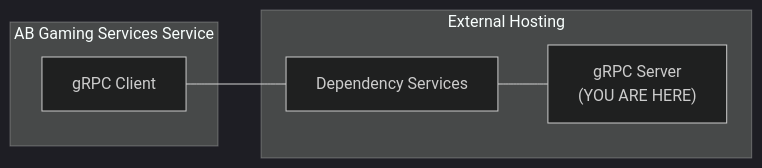
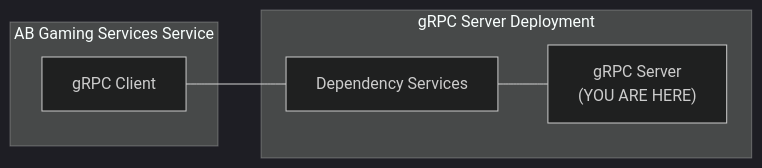
The diagram in README.md (AccelByte/matchmaking-function-grpc-plugin-server-python), drawn with Mermaid (dark theme) before and after one commit. The commit also changed other lines of this file, not shown here.

````diff
--- a/README.md
+++ b/README.md
@@ -3,12 +3,12 @@
 ```mermaid
 flowchart LR
    subgraph AB Gaming Services Service
    CL[gRPC Client]
    end
-   subgraph External Hosting
+   subgraph gRPC Server Deployment
    SV["gRPC Server\n(YOU ARE HERE)"]
    DS[Dependency Services]
    CL --- DS
    end
    DS --- SV
 ```
````
